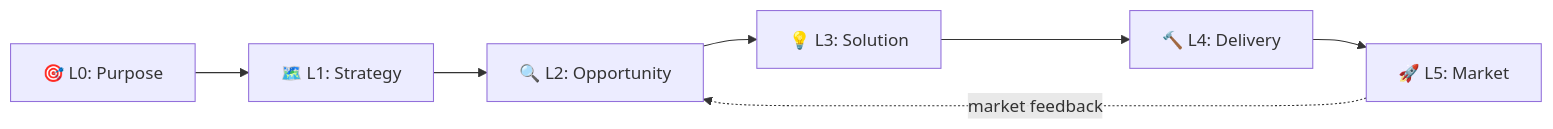
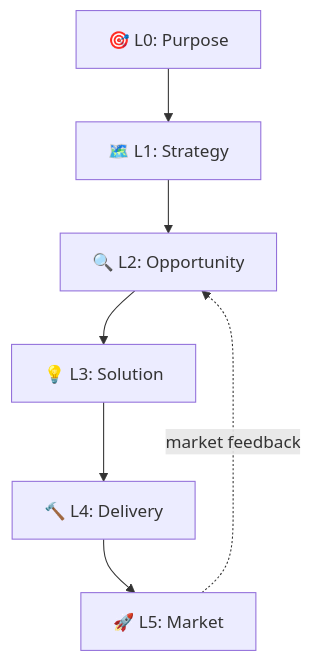
One commit to haabe/mycelium changed the diagram in README.md. Above: the diagram before and after it, drawn with Mermaid. The commit also changed other lines of this file and 1 other file, not shown here.

````diff
--- a/README.md
+++ b/README.md
@@ -85,11 +59,11 @@
 ```mermaid
-graph LR
+graph TD
     L0["🎯 L0: Purpose"]
     L1["🗺️ L1: Strategy"]
     L2["🔍 L2: Opportunity"]
     L3["💡 L3: Solution"]
     L4["🔨 L4: Delivery"]
     L5["🚀 L5: Market"]
     L0 --> L1 --> L2 --> L3 --> L4 --> L5
     L5 -.->|"market feedback"| L2
 ```
````
